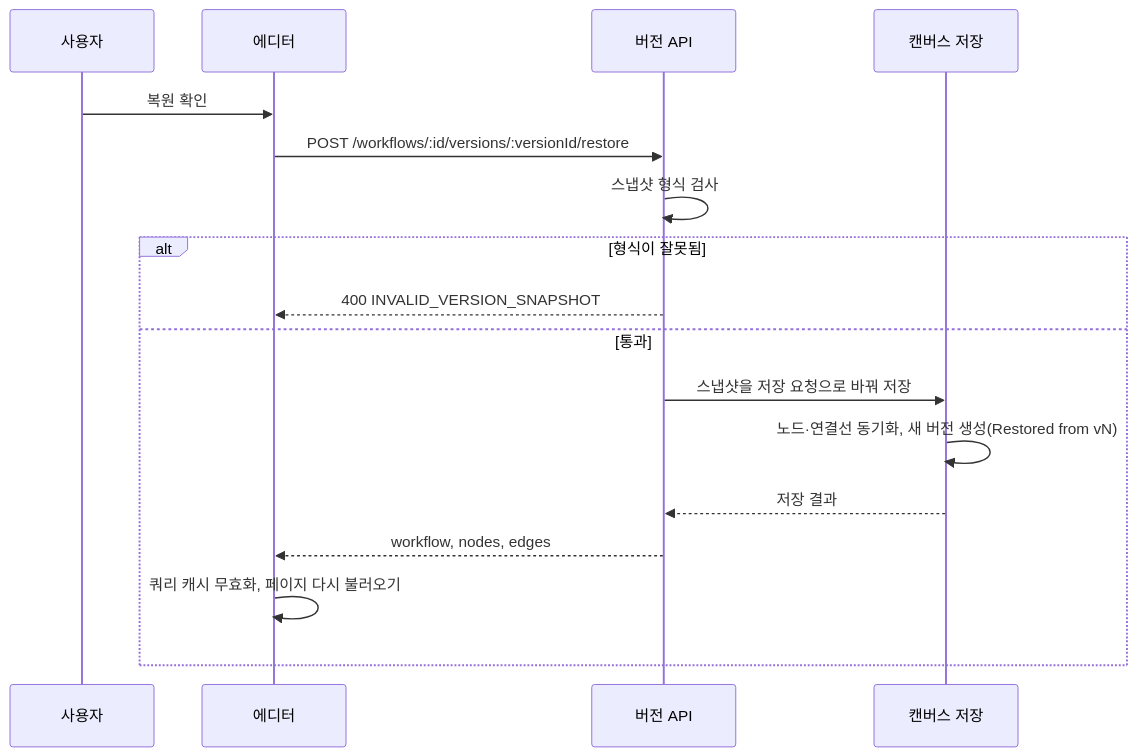
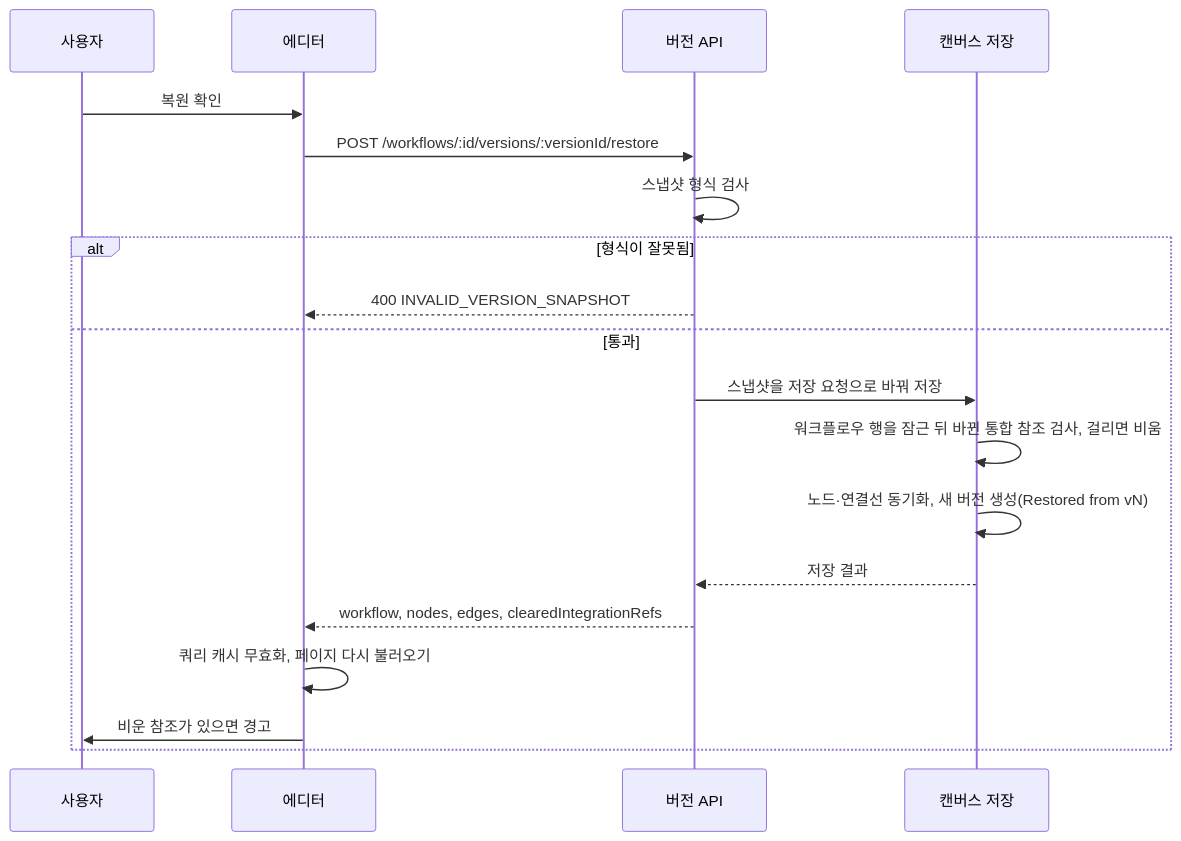
The diagram in spec/CLE-WF/CLE-WF-VERSION.md (worker-ants/clemvion), drawn with Mermaid before and after one commit. The commit also changed other lines of this file and 23 other files, not shown here.

````diff
--- a/spec/CLE-WF/CLE-WF-VERSION.md
+++ b/spec/CLE-WF/CLE-WF-VERSION.md
@@ -111,19 +115,21 @@
 ```mermaid
 sequenceDiagram
   participant U as 사용자
   participant FE as 에디터
   participant API as 버전 API
   participant SC as 캔버스 저장
   U->>FE: 복원 확인
   FE->>API: POST /workflows/:id/versions/:versionId/restore
   API->>API: 스냅샷 형식 검사
   alt 형식이 잘못됨
     API-->>FE: 400 INVALID_VERSION_SNAPSHOT
   else 통과
     API->>SC: 스냅샷을 저장 요청으로 바꿔 저장
+    SC->>SC: 워크플로우 행을 잠근 뒤 바뀐 통합 참조 검사, 걸리면 비움
     SC->>SC: 노드·연결선 동기화, 새 버전 생성(Restored from vN)
     SC-->>API: 저장 결과
-    API-->>FE: workflow, nodes, edges
+    API-->>FE: workflow, nodes, edges, clearedIntegrationRefs
     FE->>FE: 쿼리 캐시 무효화, 페이지 다시 불러오기
+    FE->>U: 비운 참조가 있으면 경고
   end
 ```
````
